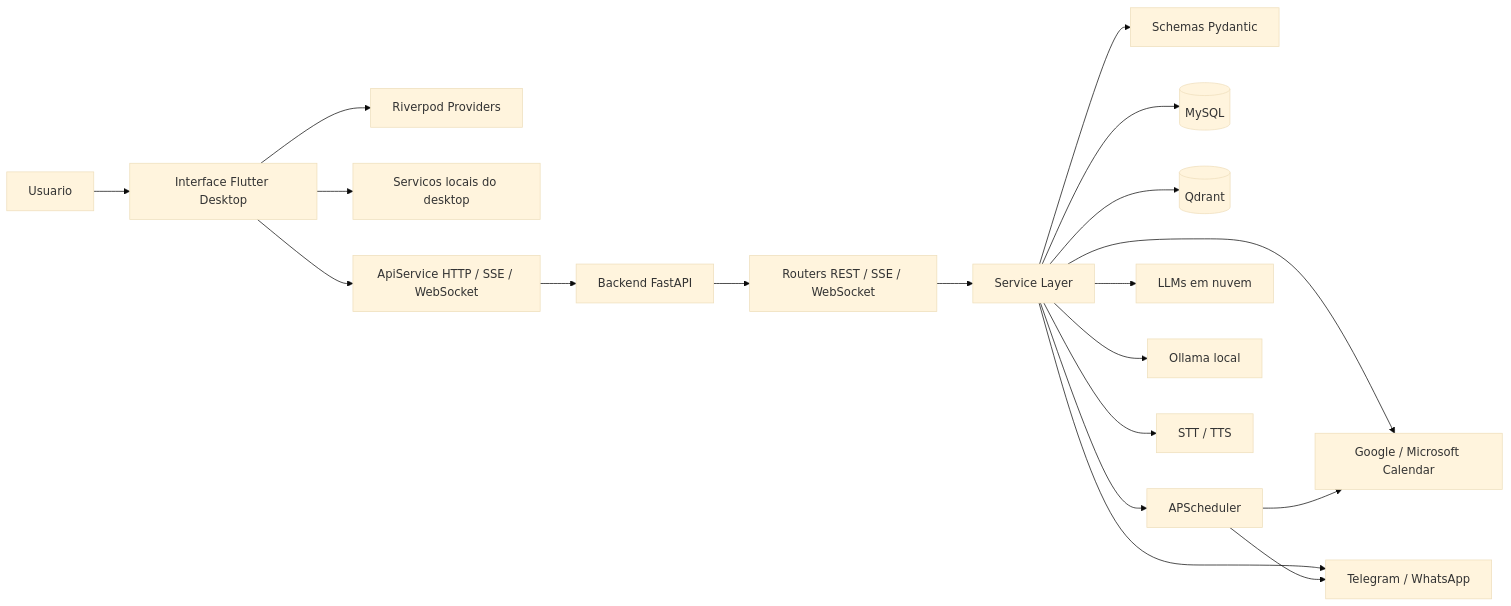
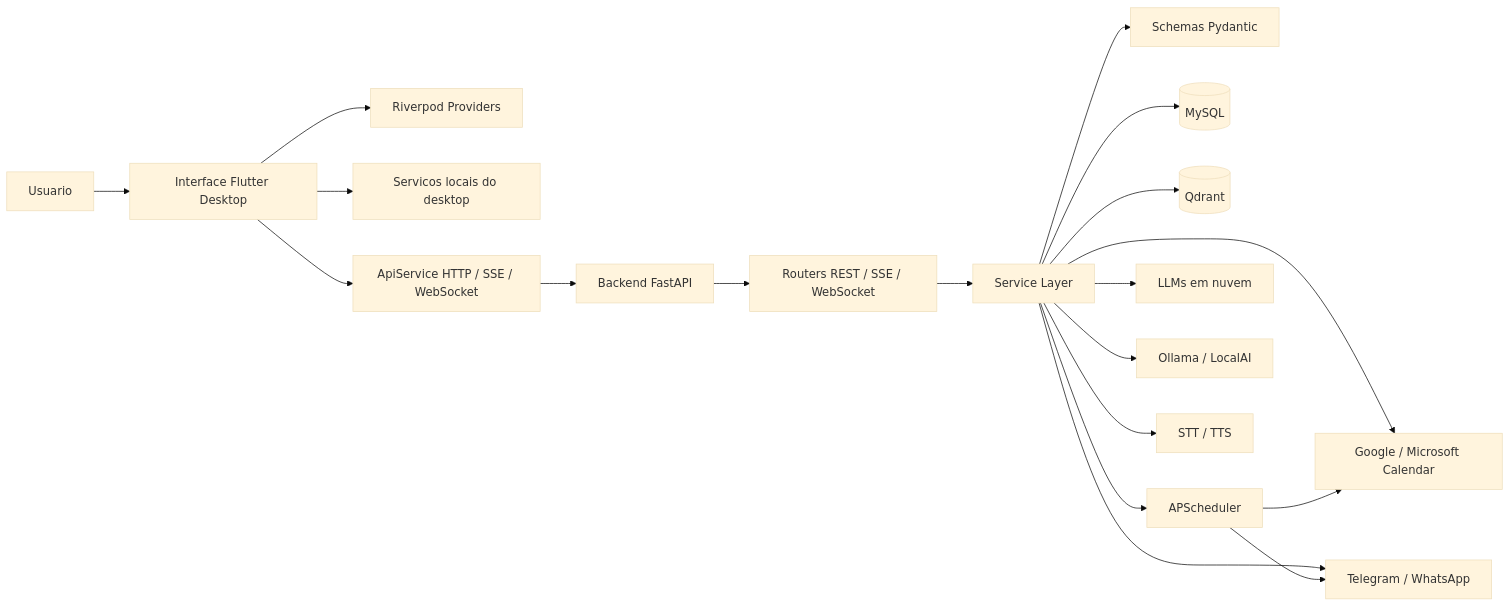
One commit to m4n1nh0/assistant_app changed the first of 3 diagrams in README.md. Above: the diagram before and after it, drawn with Mermaid (base theme). The commit also changed other lines of this file and 13 other files, not shown here.

````diff
--- a/README.md
+++ b/README.md
@@ -52,25 +52,25 @@
 ```mermaid
 flowchart LR
     User[Usuario] --> UI[Interface Flutter Desktop]
 
     UI --> State[Riverpod Providers]
     UI --> LocalServices[Servicos locais do desktop]
     UI --> ApiClient[ApiService HTTP / SSE / WebSocket]
 
     ApiClient --> FastAPI[Backend FastAPI]
 
     FastAPI --> Routers[Routers REST / SSE / WebSocket]
     Routers --> Services[Service Layer]
     Services --> Models[Schemas Pydantic]
     Services --> DB[(MySQL)]
     Services --> Vector[(Qdrant)]
     Services --> Scheduler[APScheduler]
     Services --> LLMs[LLMs em nuvem]
-    Services --> Ollama[Ollama local]
+    Services --> Ollama[Ollama / LocalAI]
     Services --> Calendar[Google / Microsoft Calendar]
     Services --> Notify[Telegram / WhatsApp]
     Services --> Voice[STT / TTS]
 
     Scheduler --> Calendar
     Scheduler --> Notify
 ```
````
